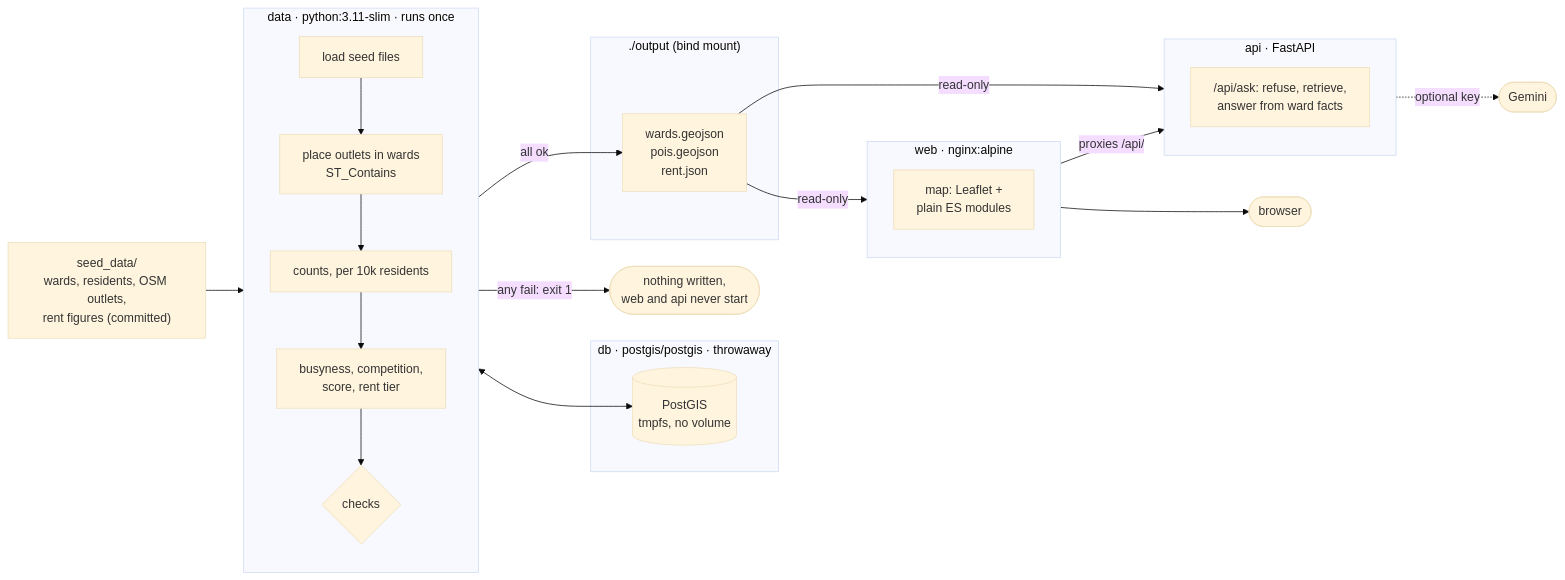
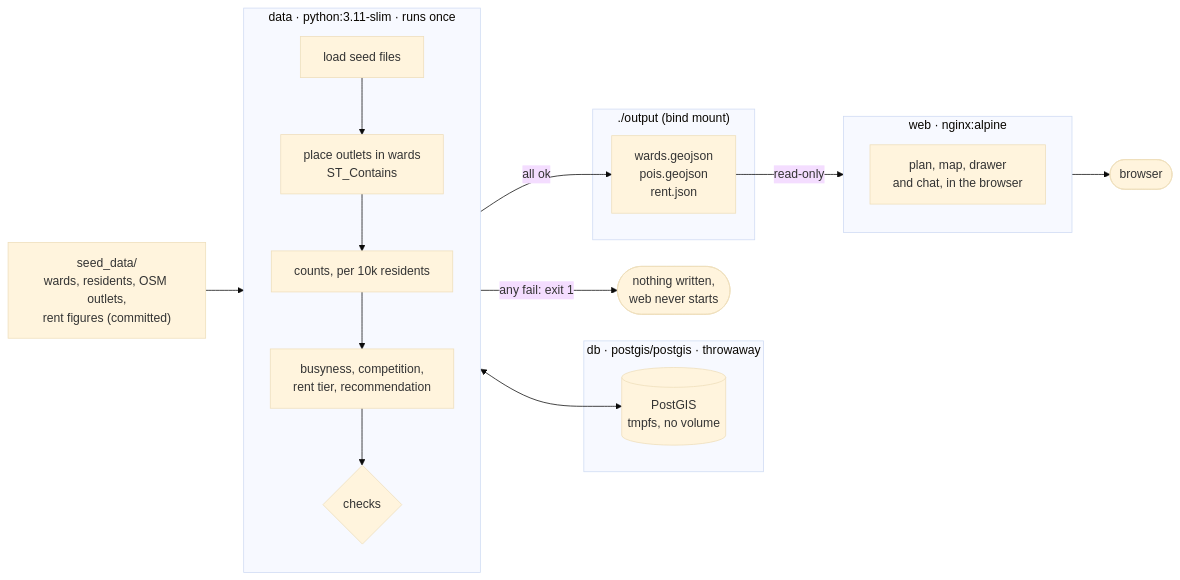
Before and after one commit to 33avash/Localio: the diagram in docs/ARCHITECTURE.md, drawn with Mermaid (base theme). The commit also changed other lines of this file and 5 other files, not shown here.

````diff
--- a/docs/ARCHITECTURE.md
+++ b/docs/ARCHITECTURE.md
@@ -5,37 +5,31 @@
 ```mermaid
 flowchart LR
     seed["seed_data/<br/>wards, residents, OSM outlets,<br/>rent figures (committed)"]
 
     subgraph db["db · postgis/postgis · throwaway"]
         pg[("PostGIS<br/>tmpfs, no volume")]
     end
 
     subgraph data["data · python:3.11-slim · runs once"]
         direction TB
         load["load seed files"] --> join["place outlets in wards<br/>ST_Contains"]
         join --> count["counts, per 10k residents"]
-        count --> score["busyness, competition,<br/>score, rent tier"]
+        count --> score["busyness, competition,<br/>rent tier, recommendation"]
         score --> check{"checks"}
     end
 
     subgraph out["./output (bind mount)"]
         files["wards.geojson<br/>pois.geojson<br/>rent.json"]
     end
 
     subgraph web["web · nginx:alpine"]
-        site["map: Leaflet +<br/>plain ES modules"]
-    end
-
-    subgraph api["api · FastAPI"]
-        ask["/api/ask: refuse, retrieve,<br/>answer from ward facts"]
+        site["plan, map, drawer<br/>and chat, in the browser"]
     end
 
     seed --> load
     load <--> pg
     check -- "all ok" --> files
-    check -- "any fail: exit 1" --> stop(["nothing written,<br/>web and api never start"])
-    files -- "read-only" --> web & api
-    web -- "proxies /api/" --> api
+    check -- "any fail: exit 1" --> stop(["nothing written,<br/>web never starts"])
+    files -- "read-only" --> web
     web --> browser(["browser"])
-    api -. "optional key" .-> gemini(["Gemini"])
 ```
````
